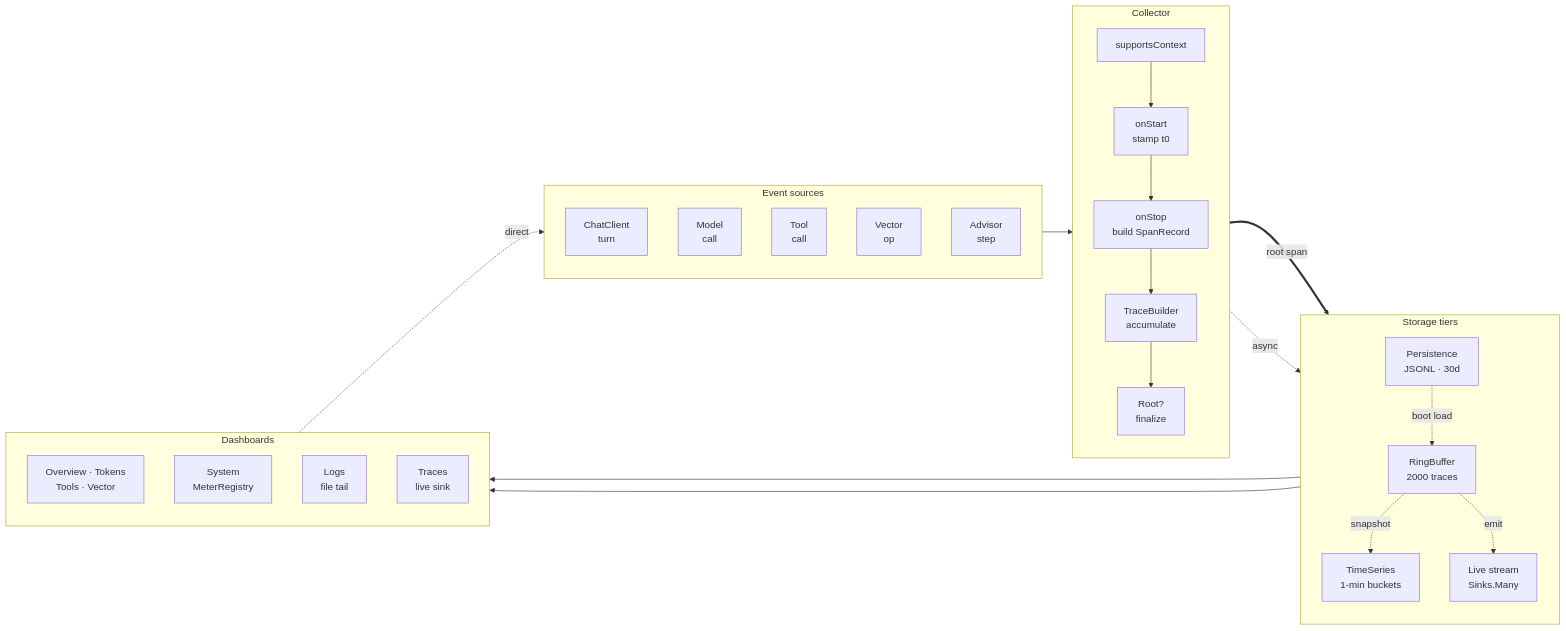
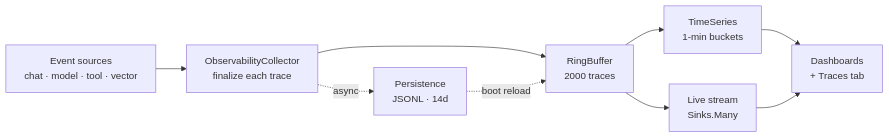
Before and after one commit to spring-ai-community/spring-ai-playground: the second of 4 diagrams in docs/observability-architecture.md, drawn with Mermaid. The commit also changed other lines of this file and 55 other files, not shown here.

Commit message:
docs: add human-in-the-loop pages, refresh architecture and catalog docs, document setup-time preset and exposure drawer

````diff
--- a/docs/observability-architecture.md
+++ b/docs/observability-architecture.md
@@ -105,43 +125,18 @@
 ```mermaid
 flowchart LR
-    subgraph SRC["Event sources"]
-        direction TB
-        E1["ChatClient<br/>turn"]
-        E2["Model<br/>call"]
-        E3["Tool<br/>call"]
-        E4["Vector<br/>op"]
-        E5["Advisor<br/>step"]
-    end
-    subgraph COLL["Collector"]
-        direction TB
-        C1["supportsContext"]
-        C2["onStart<br/>stamp t0"]
-        C3["onStop<br/>build SpanRecord"]
-        C4["TraceBuilder<br/>accumulate"]
-        C5["Root?<br/>finalize"]
-        C1 --> C2 --> C3 --> C4 --> C5
-    end
-    subgraph STORE["Storage tiers"]
-        direction TB
-        S1["RingBuffer<br/>2000 traces"]
-        S2["TimeSeries<br/>1-min buckets"]
-        S3["Persistence<br/>JSONL · 30d"]
-        S4["Live stream<br/>Sinks.Many"]
-    end
-    subgraph UI["Dashboards"]
-        direction TB
-        U1["Overview · Tokens<br/>Tools · Vector"]
-        U2["System<br/>MeterRegistry"]
-        U3["Logs<br/>file tail"]
-        U4["Traces<br/>live sink"]
-    end
-    SRC --> COLL
-    C5 == root span ==> S1
-    S1 -. snapshot .-> S2
-    C5 -. async .-> S3
-    S1 -. emit .-> S4
-    S2 --> U1
-    U2 -. direct .-> SRC
-    S3 -. boot load .-> S1
-    S4 --> U4
+    SRC["Event sources<br/>chat · model · tool · vector"]
+    COLL["ObservabilityCollector<br/>finalize each trace"]
+    RING["RingBuffer<br/>2000 traces"]
+    TS["TimeSeries<br/>1-min buckets"]
+    LIVE["Live stream<br/>Sinks.Many"]
+    PERSIST["Persistence<br/>JSONL · 14d"]
+    DASH["Dashboards<br/>+ Traces tab"]
+
+    SRC --> COLL --> RING
+    COLL -. async .-> PERSIST
+    RING --> TS
+    RING --> LIVE
+    PERSIST -. boot reload .-> RING
+    TS --> DASH
+    LIVE --> DASH
 ```
````
